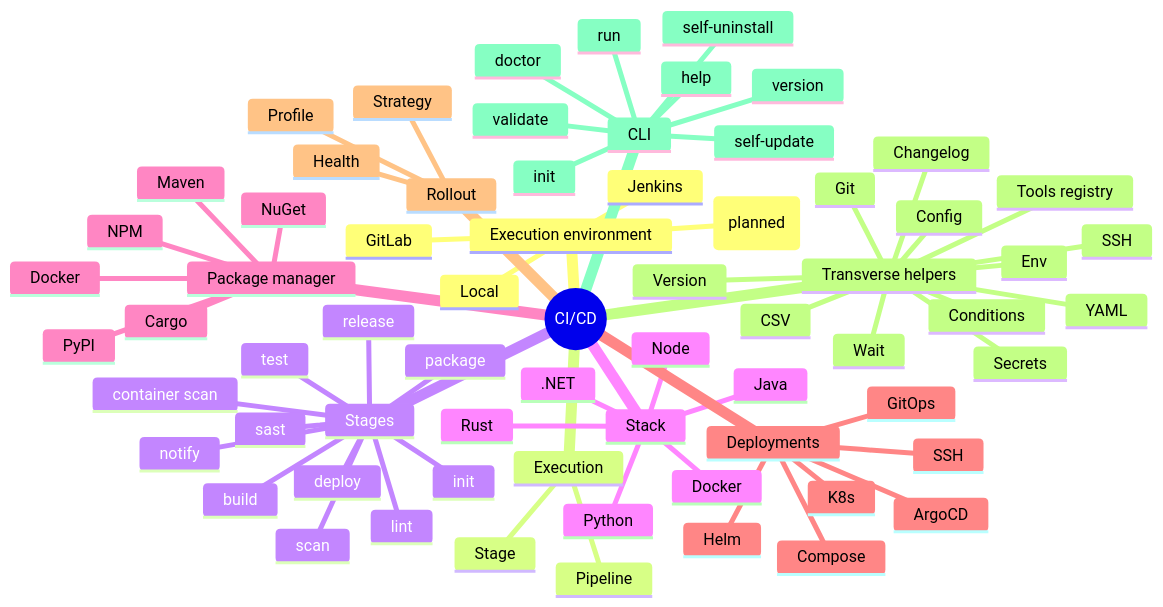
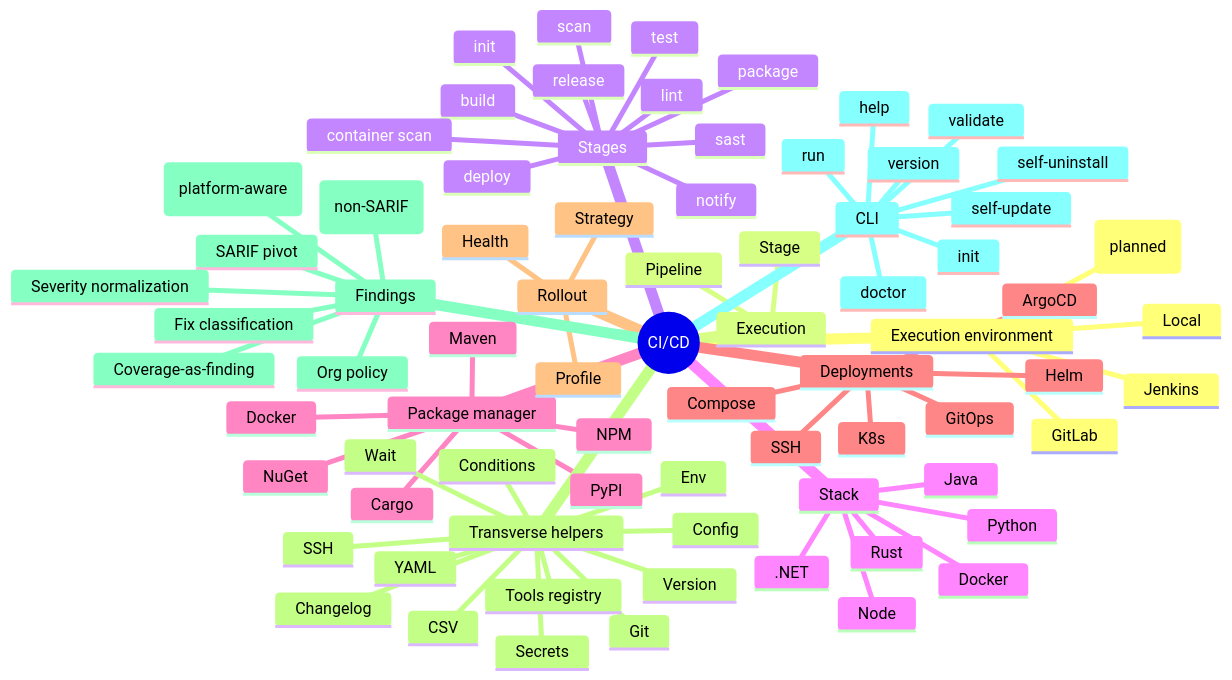
One commit to getbrik/brik changed the first of 2 diagrams in docs/internals/layout.md. Above: the diagram before and after it, drawn with Mermaid. The commit also changed other lines of this file and 5 other files, not shown here.

```diff
--- a/docs/internals/layout.md
+++ b/docs/internals/layout.md
@@ -80,6 +80,15 @@
       Wait
       YAML
 
+    Findings
+      SARIF pivot
+      Converters (non-SARIF)
+      Exporters (platform-aware)
+      Fix classification
+      Severity normalization
+      Coverage-as-finding
+      Org policy
+
     CLI
       validate
       doctor
```
